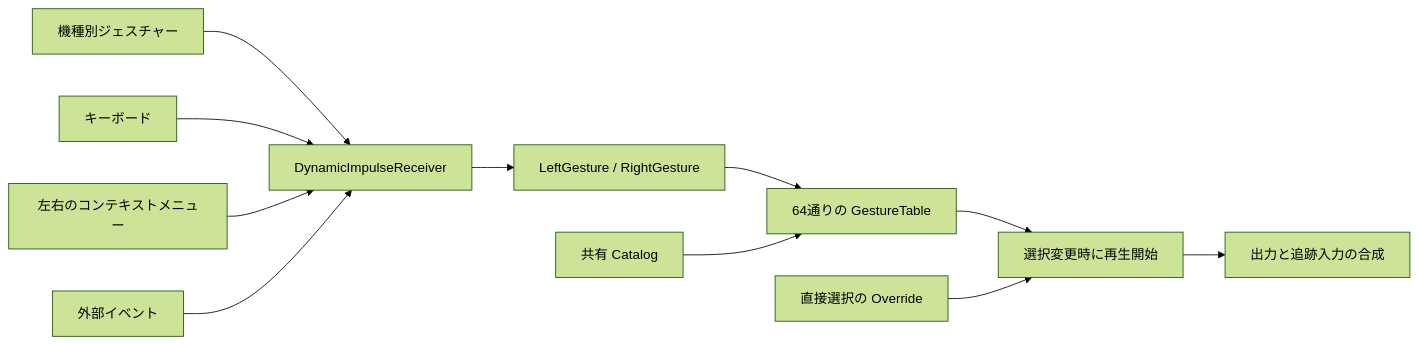
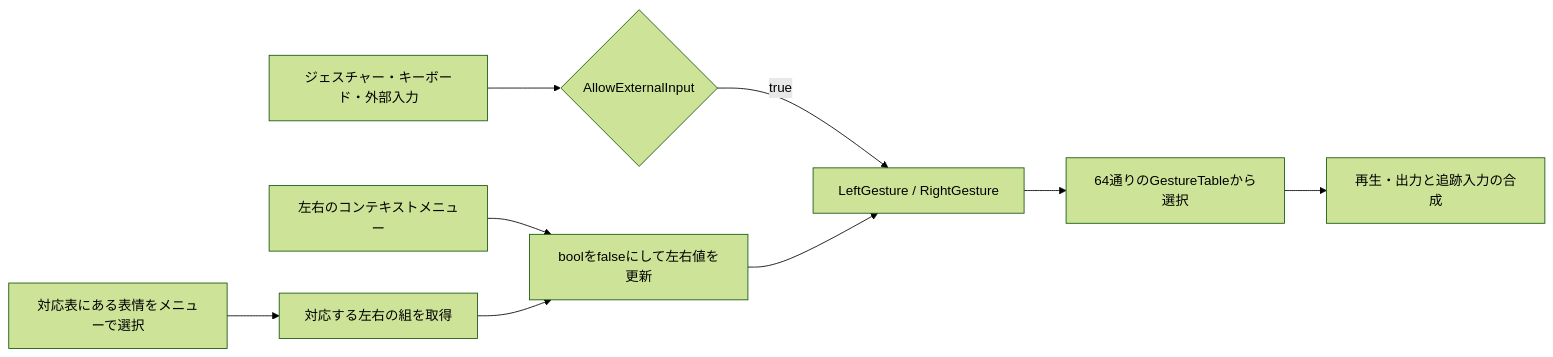
The diagram in docs/expression-system.md (orange3134/VRMtoResonitePackage), drawn with Mermaid (forest theme) before and after one commit. The commit also changed other lines of this file and 10 other files, not shown here.

````diff
--- a/docs/expression-system.md
+++ b/docs/expression-system.md
@@ -9,13 +9,11 @@
 ```mermaid
 flowchart LR
-    H[機種別ジェスチャー] --> E[DynamicImpulseReceiver]
-    K[キーボード] --> E
-    M[左右のコンテキストメニュー] --> E
-    X[外部イベント] --> E
-    E --> S[LeftGesture / RightGesture]
-    S --> T[64通りの GestureTable]
-    C[共有 Catalog] --> T
-    T --> P[選択変更時に再生開始]
-    O[直接選択の Override] --> P
-    P --> R[出力と追跡入力の合成]
+    H[ジェスチャー・キーボード・外部入力] --> G{AllowExternalInput}
+    G -->|true| S[LeftGesture / RightGesture]
+    M[左右のコンテキストメニュー] --> L[boolをfalseにして左右値を更新]
+    D[対応表にある表情をメニューで選択] --> T[対応する左右の組を取得]
+    T --> L
+    L --> S
+    S --> P[64通りのGestureTableから選択]
+    P --> R[再生・出力と追跡入力の合成]
 ```
````
